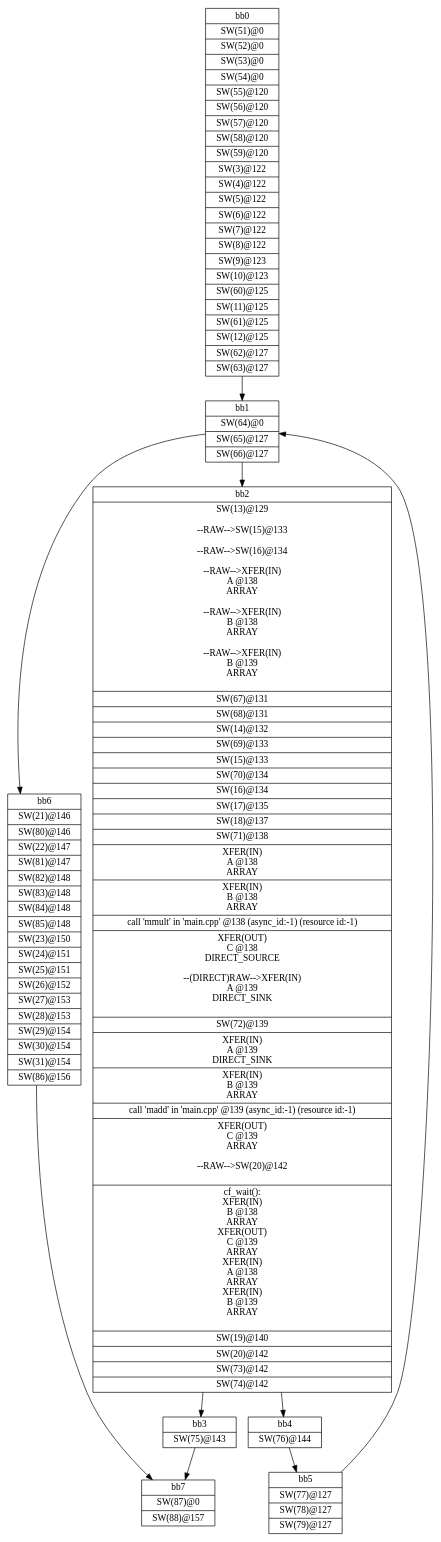
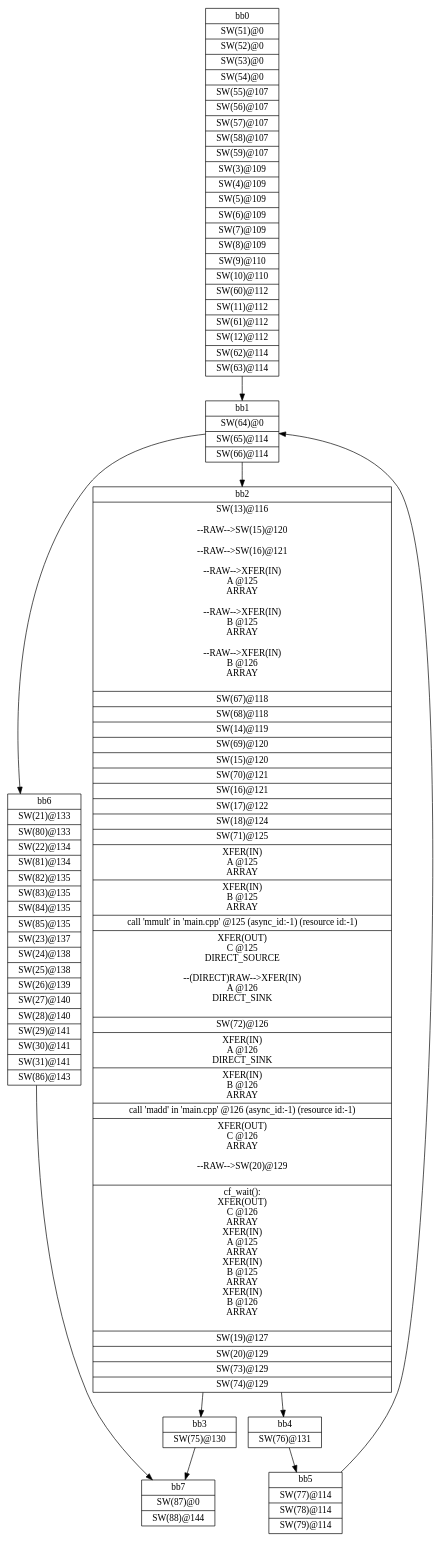
The diagram in lab_2/Release/_sds/.llvm/_px_cdfg_wait_mmult_test.dot (goceee/advanced_fpga_and_dsp), drawn with Graphviz before and after one commit. The commit also changed 1365 other files, not shown here.

```diff
--- a/lab_2/Release/_sds/.llvm/_px_cdfg_wait_mmult_test.dot
+++ b/lab_2/Release/_sds/.llvm/_px_cdfg_wait_mmult_test.dot
@@ -1,20 +1,20 @@
 digraph CDFG {
 node [shape=record];
-bb0 [shape=record, label = "{bb0|<x00000180A648D0A0>SW(51)@0\n|<x00000180A648D820>SW(52)@0\n|<x00000180A648D8C0>SW(53)@0\n|<x00000180A648DA00>SW(54)@0\n|<x00000180A648D1E0>SW(55)@120\n|<x00000180A648DAA0>SW(56)@120\n|<x00000180A648E5E0>SW(57)@120\n|<x00000180A648DBE0>SW(58)@120\n|<x00000180A648E220>SW(59)@120\n|<x00000180A58AEE00>SW(3)@122\n|<x00000180A58AE9A0>SW(4)@122\n|<x00000180A58B0520>SW(5)@122\n|<x00000180A58AE900>SW(6)@122\n|<x00000180A58AF760>SW(7)@122\n|<x00000180A58AEB80>SW(8)@122\n|<x00000180A58AEC20>SW(9)@123\n|<x00000180A58AED60>SW(10)@123\n|<x00000180A648E180>SW(60)@125\n|<x00000180A58AF300>SW(11)@125\n|<x00000180A648DD20>SW(61)@125\n|<x00000180A58AEEA0>SW(12)@125\n|<x00000180A648DFA0>SW(62)@127\n|<x00000180A648E860>SW(63)@127\n}"];
-bb1 [shape=record, label = "{bb1|<x00000180A648E040>SW(64)@0\n|<x00000180A648E400>SW(65)@127\n|<x00000180A6498160>SW(66)@127\n}"];
-bb2 [shape=record, label = "{bb2|<x00000180A58AF9E0>SW(13)@129\n\n--RAW--\>SW(15)@133\n\n--RAW--\>SW(16)@134\n\n--RAW--\>XFER(IN)\nA @138\nARRAY\n\n--RAW--\>XFER(IN)\nB @138\nARRAY\n\n--RAW--\>XFER(IN)\nB @139\nARRAY\n\n|<x00000180A6498520>SW(67)@131\n|<x00000180A64985C0>SW(68)@131\n|<x00000180A58AEF40>SW(14)@132\n|<x00000180A6497120>SW(69)@133\n|<x00000180A58AF4E0>SW(15)@133\n|<x00000180A6497B20>SW(70)@134\n|<x00000180A58AF8A0>SW(16)@134\n|<x00000180A58AF580>SW(17)@135\n|<x00000180A584EE00>SW(18)@137\n|<x00000180A6498200>SW(71)@138\n|<x00000180A6497EE0>XFER(IN)\nA @138\nARRAY\n|<x00000180A6496C20>XFER(IN)\nB @138\nARRAY\n|<x00000180A5C7BE60>call 'mmult' in 'main.cpp' @138 (async_id:-1) (resource id:-1)\n|<x00000180A64971C0>XFER(OUT)\nC @138\nDIRECT_SOURCE\n\n--(DIRECT)RAW--\>XFER(IN)\nA @139\nDIRECT_SINK\n\n|<x00000180A6497A80>SW(72)@139\n|<x00000180A6498340>XFER(IN)\nA @139\nDIRECT_SINK\n|<x00000180A64976C0>XFER(IN)\nB @139\nARRAY\n|<x00000180A5C7C100>call 'madd' in 'main.cpp' @139 (async_id:-1) (resource id:-1)\n|<x00000180A6497300>XFER(OUT)\nC @139\nARRAY\n\n--RAW--\>SW(20)@142\n\n|<x00000180A6497F80>cf_wait(): \nXFER(IN)\nB @138\nARRAY\nXFER(OUT)\nC @139\nARRAY\nXFER(IN)\nA @138\nARRAY\nXFER(IN)\nB @139\nARRAY\n\n|<x00000180A58AFA80>SW(19)@140\n|<x00000180A648ECC0>SW(20)@142\n|<x00000180A6497BC0>SW(73)@142\n|<x00000180A6496EA0>SW(74)@142\n}"];
-bb3 [shape=record, label = "{bb3|<x00000180A6496E00>SW(75)@143\n}"];
-bb4 [shape=record, label = "{bb4|<x00000180A64988E0>SW(76)@144\n}"];
-bb5 [shape=record, label = "{bb5|<x00000180A6497D00>SW(77)@127\n|<x00000180A6498980>SW(78)@127\n|<x00000180A6498660>SW(79)@127\n}"];
-bb6 [shape=record, label = "{bb6|<x00000180A648E7C0>SW(21)@146\n|<x00000180A64980C0>SW(80)@146\n|<x00000180A648E9A0>SW(22)@147\n|<x00000180A6497C60>SW(81)@147\n|<x00000180A6497DA0>SW(82)@148\n|<x00000180A6496F40>SW(83)@148\n|<x00000180A6497260>SW(84)@148\n|<x00000180A6496FE0>SW(85)@148\n|<x00000180A648EAE0>SW(23)@150\n|<x00000180A648ED60>SW(24)@151\n|<x00000180A648E680>SW(25)@151\n|<x00000180A648E0E0>SW(26)@152\n|<x00000180A648EB80>SW(27)@153\n|<x00000180A648D960>SW(28)@153\n|<x00000180A648D320>SW(29)@154\n|<x00000180A648D500>SW(30)@154\n|<x00000180A648D140>SW(31)@154\n|<x00000180A6497080>SW(86)@156\n}"];
-bb7 [shape=record, label = "{bb7|<x00000180A64982A0>SW(87)@0\n|<x00000180A6497E40>SW(88)@157\n}"];
+bb0 [shape=record, label = "{bb0|<x000001FB333C6340>SW(51)@0\n|<x000001FB333C6A20>SW(52)@0\n|<x000001FB333C6AC0>SW(53)@0\n|<x000001FB333C7420>SW(54)@0\n|<x000001FB333C7600>SW(55)@107\n|<x000001FB333C5BC0>SW(56)@107\n|<x000001FB333C6480>SW(57)@107\n|<x000001FB333C6B60>SW(58)@107\n|<x000001FB333C76A0>SW(59)@107\n|<x000001FB327A1EC0>SW(3)@109\n|<x000001FB327A1600>SW(4)@109\n|<x000001FB327A1060>SW(5)@109\n|<x000001FB327A11A0>SW(6)@109\n|<x000001FB327A23C0>SW(7)@109\n|<x000001FB327A0E80>SW(8)@109\n|<x000001FB327A2460>SW(9)@110\n|<x000001FB327A1920>SW(10)@110\n|<x000001FB333C77E0>SW(60)@112\n|<x000001FB327A1240>SW(11)@112\n|<x000001FB333C7880>SW(61)@112\n|<x000001FB327A2780>SW(12)@112\n|<x000001FB333C7920>SW(62)@114\n|<x000001FB333C5C60>SW(63)@114\n}"];
+bb1 [shape=record, label = "{bb1|<x000001FB333C6160>SW(64)@0\n|<x000001FB333C6520>SW(65)@114\n|<x000001FB333CAD90>SW(66)@114\n}"];
+bb2 [shape=record, label = "{bb2|<x000001FB327A1420>SW(13)@116\n\n--RAW--\>SW(15)@120\n\n--RAW--\>SW(16)@121\n\n--RAW--\>XFER(IN)\nA @125\nARRAY\n\n--RAW--\>XFER(IN)\nB @125\nARRAY\n\n--RAW--\>XFER(IN)\nB @126\nARRAY\n\n|<x000001FB333CA110>SW(67)@118\n|<x000001FB333C9E90>SW(68)@118\n|<x000001FB327A14C0>SW(14)@119\n|<x000001FB333CB970>SW(69)@120\n|<x000001FB327A1560>SW(15)@120\n|<x000001FB333CA750>SW(70)@121\n|<x000001FB327A19C0>SW(16)@121\n|<x000001FB327A1B00>SW(17)@122\n|<x000001FB3273FE30>SW(18)@124\n|<x000001FB333C9CB0>SW(71)@125\n|<x000001FB333CA1B0>XFER(IN)\nA @125\nARRAY\n|<x000001FB333CB290>XFER(IN)\nB @125\nARRAY\n|<x000001FB333B7C00>call 'mmult' in 'main.cpp' @125 (async_id:-1) (resource id:-1)\n|<x000001FB333CAC50>XFER(OUT)\nC @125\nDIRECT_SOURCE\n\n--(DIRECT)RAW--\>XFER(IN)\nA @126\nDIRECT_SINK\n\n|<x000001FB333CB830>SW(72)@126\n|<x000001FB333C9D50>XFER(IN)\nA @126\nDIRECT_SINK\n|<x000001FB333CA4D0>XFER(IN)\nB @126\nARRAY\n|<x000001FB333B7EA0>call 'madd' in 'main.cpp' @126 (async_id:-1) (resource id:-1)\n|<x000001FB333C9FD0>XFER(OUT)\nC @126\nARRAY\n\n--RAW--\>SW(20)@129\n\n|<x000001FB333CB8D0>cf_wait(): \nXFER(OUT)\nC @126\nARRAY\nXFER(IN)\nA @125\nARRAY\nXFER(IN)\nB @125\nARRAY\nXFER(IN)\nB @126\nARRAY\n\n|<x000001FB327A1BA0>SW(19)@127\n|<x000001FB333C6F20>SW(20)@129\n|<x000001FB333CA7F0>SW(73)@129\n|<x000001FB333CA890>SW(74)@129\n}"];
+bb3 [shape=record, label = "{bb3|<x000001FB333CAF70>SW(75)@130\n}"];
+bb4 [shape=record, label = "{bb4|<x000001FB333CA6B0>SW(76)@131\n}"];
+bb5 [shape=record, label = "{bb5|<x000001FB333CA430>SW(77)@114\n|<x000001FB333CACF0>SW(78)@114\n|<x000001FB333CB5B0>SW(79)@114\n}"];
+bb6 [shape=record, label = "{bb6|<x000001FB333C67A0>SW(21)@133\n|<x000001FB333CA930>SW(80)@133\n|<x000001FB333C6CA0>SW(22)@134\n|<x000001FB333CA9D0>SW(81)@134\n|<x000001FB333C9F30>SW(82)@135\n|<x000001FB333CAA70>SW(83)@135\n|<x000001FB333CB1F0>SW(84)@135\n|<x000001FB333CA390>SW(85)@135\n|<x000001FB333C7740>SW(23)@137\n|<x000001FB333C5A80>SW(24)@138\n|<x000001FB333C6FC0>SW(25)@138\n|<x000001FB333C63E0>SW(26)@139\n|<x000001FB333C5D00>SW(27)@140\n|<x000001FB333C6660>SW(28)@140\n|<x000001FB333C6C00>SW(29)@141\n|<x000001FB333C7560>SW(30)@141\n|<x000001FB333C7100>SW(31)@141\n|<x000001FB333CAB10>SW(86)@143\n}"];
+bb7 [shape=record, label = "{bb7|<x000001FB333CABB0>SW(87)@0\n|<x000001FB333C9DF0>SW(88)@144\n}"];
 bb0 -> bb1
 bb1 -> bb2
 bb1 -> bb6
 bb2 -> bb3
 bb2 -> bb4
 bb3 -> bb7
 bb4 -> bb5
 bb5 -> bb1
 bb6 -> bb7
 }
```
